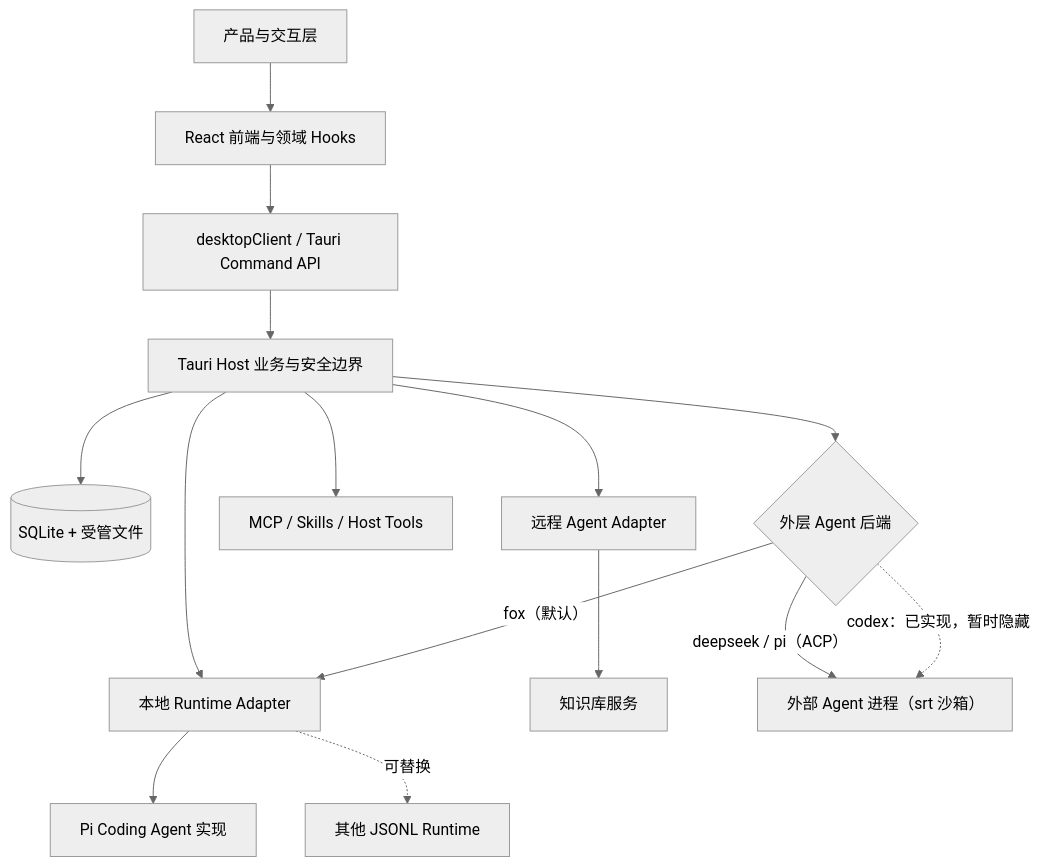
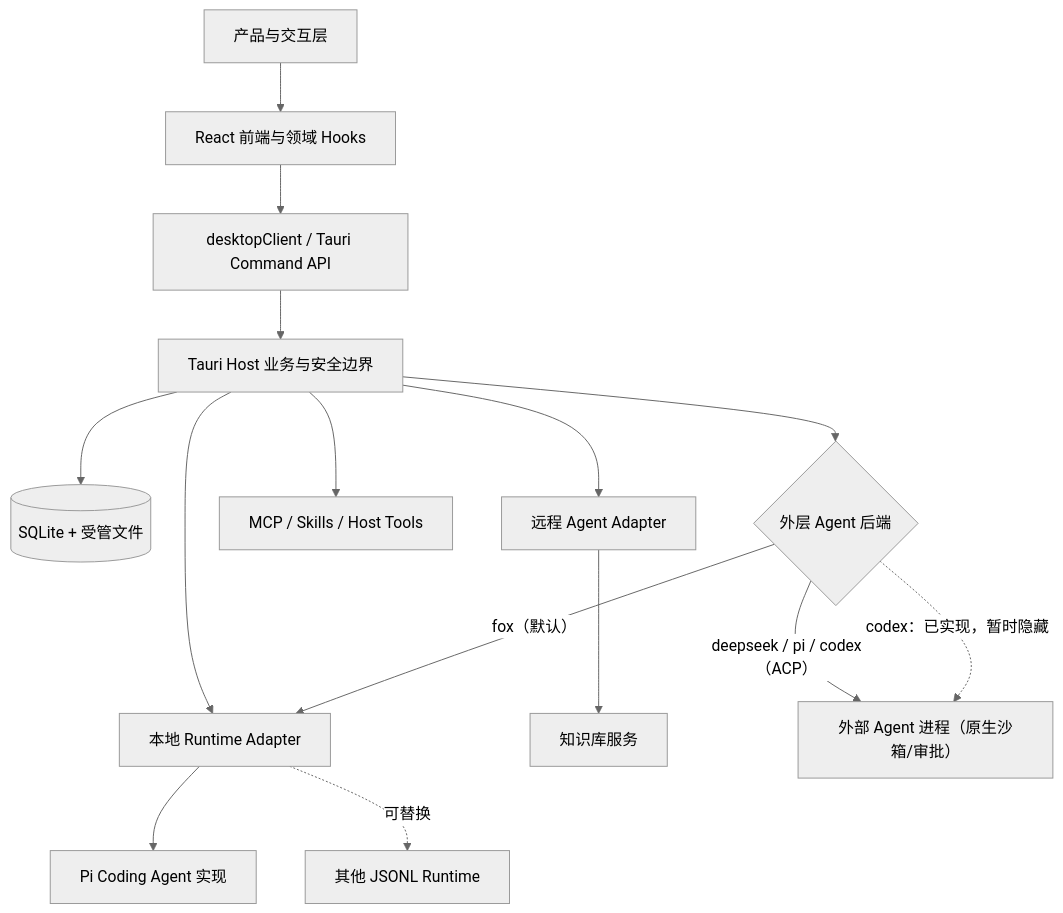
One commit to Hry1729/Fox-Agent changed the diagram in docs/02-架构/架构文档导航.md. Above: the diagram before and after it, drawn with Mermaid (neutral theme). The commit also changed other lines of this file and 74 other files, not shown here.

Commit message:
feat(sandbox): confine Fox Agent commands with SRT; restore Codex; keep external Agents native

````diff
--- a/docs/02-架构/架构文档导航.md
+++ b/docs/02-架构/架构文档导航.md
@@ -14,17 +14,17 @@
 ```mermaid
 flowchart TB
     PRODUCT["产品与交互层"] --> FE["React 前端与领域 Hooks"]
     FE --> API["desktopClient / Tauri Command API"]
     API --> HOST["Tauri Host 业务与安全边界"]
     HOST --> DATA[("SQLite + 受管文件")]
     HOST --> LOCAL["本地 Runtime Adapter"]
     HOST --> REMOTE["远程 Agent Adapter"]
     LOCAL --> PI["Pi Coding Agent 实现"]
     LOCAL -. "可替换" .-> OTHER["其他 JSONL Runtime"]
     REMOTE --> KB["知识库服务"]
     HOST --> MCP["MCP / Skills / Host Tools"]
     HOST --> ROUTE{"外层 Agent 后端"}
     ROUTE -->|"fox（默认）"| LOCAL
-    ROUTE -->|"deepseek / pi（ACP）"| EXT["外部 Agent 进程（srt 沙箱）"]
+    ROUTE -->|"deepseek / pi / codex（ACP）"| EXT["外部 Agent 进程（原生沙箱/审批）"]
     ROUTE -. "codex：已实现，暂时隐藏" .-> EXT
 ```
````
